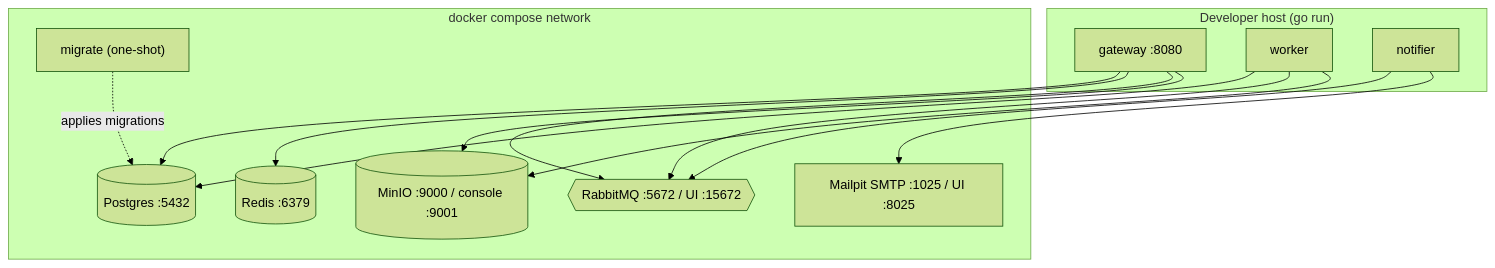
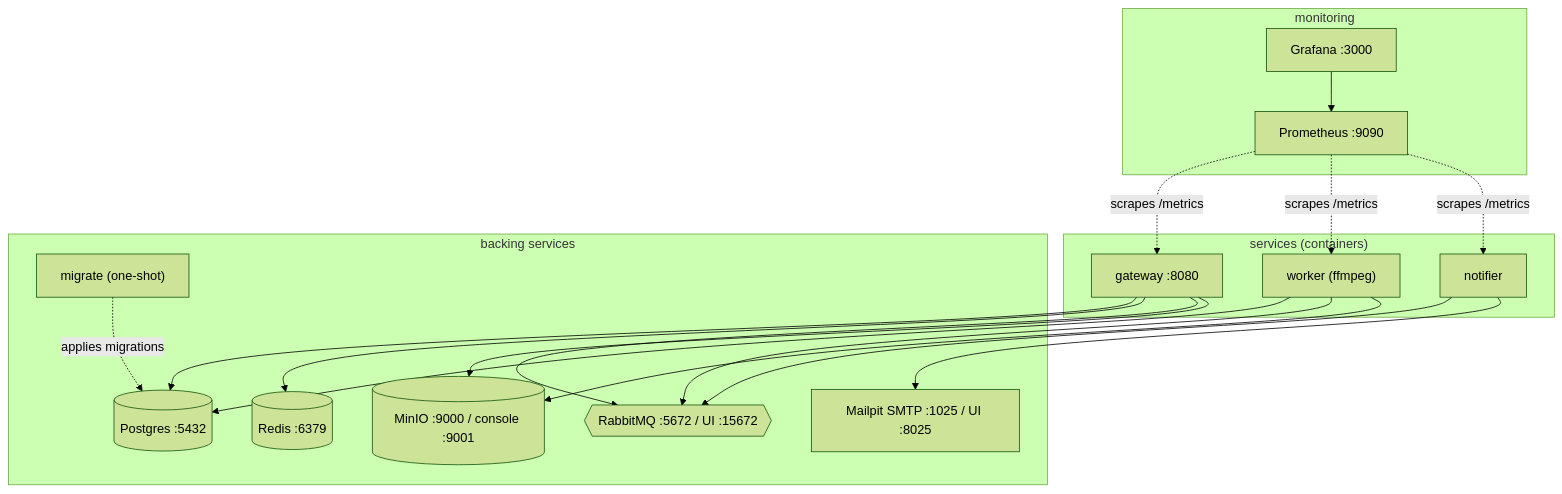
Before and after one commit to aniusch/projeto-fiapx: the first of 2 diagrams in docs/architecture/deployment-topology.md, drawn with Mermaid (forest theme). The commit also changed other lines of this file and 22 other files, not shown here.

First line of the commit message:
Phase 6: observability — Prometheus metrics + Grafana

````diff
--- a/docs/architecture/deployment-topology.md
+++ b/docs/architecture/deployment-topology.md
@@ -12,27 +14,27 @@
 ```mermaid
 flowchart TB
-    subgraph host["Developer host (go run)"]
+    subgraph svc["services (containers)"]
         gw["gateway :8080"]
-        wk["worker"]
+        wk["worker (ffmpeg)"]
         nt["notifier"]
     end
-    subgraph net["docker compose network"]
+    subgraph infra["backing services"]
         pg[("Postgres :5432")]
         rd[("Redis :6379")]
         mq{{"RabbitMQ :5672 / UI :15672"}}
         s3[("MinIO :9000 / console :9001")]
         mp["Mailpit SMTP :1025 / UI :8025"]
         mig["migrate (one-shot)"]
     end
+    subgraph mon["monitoring"]
+        prom["Prometheus :9090"]
+        graf["Grafana :3000"]
+    end
 
-    gw --> pg
-    gw --> rd
-    gw --> mq
-    gw --> s3
-    wk --> pg
-    wk --> mq
-    wk --> s3
-    nt --> mq
-    nt --> mp
+    gw --> pg & rd & mq & s3
+    wk --> pg & mq & s3
+    nt --> mq & mp
     mig -. applies migrations .-> pg
+    prom -. scrapes /metrics .-> gw & wk & nt
+    graf --> prom
 ```
````
